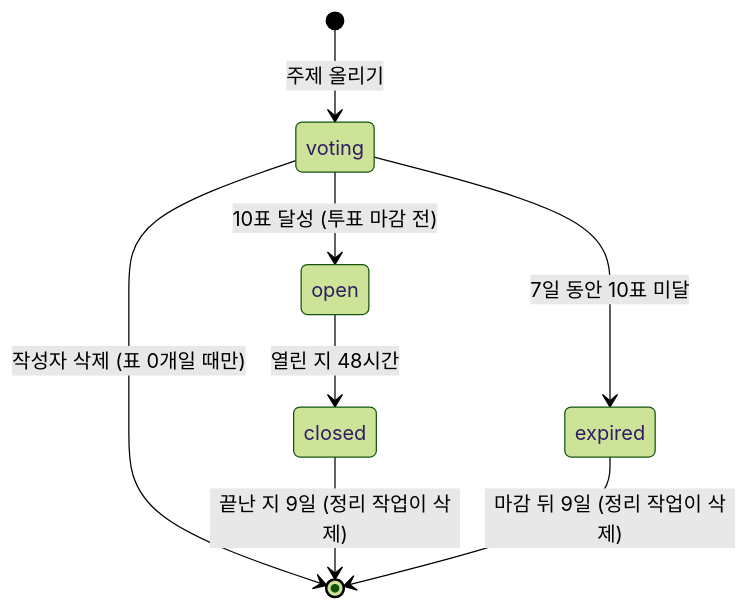
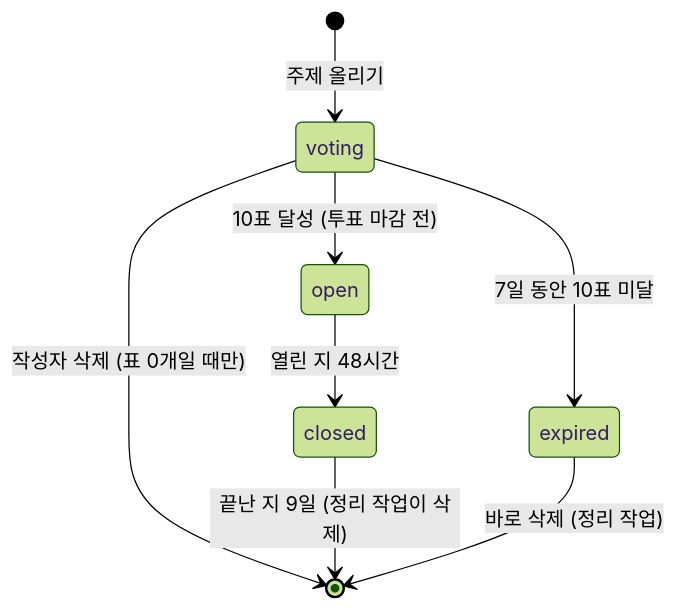
Before and after one commit to Por0ri/me-and-nu: the second of 2 diagrams in docs/DEBATE_BACKEND_DESIGN_2026-11-19.md, drawn with Mermaid (forest theme). The commit also changed other lines of this file and 17 other files, not shown here.

````diff
--- a/docs/DEBATE_BACKEND_DESIGN_2026-11-19.md
+++ b/docs/DEBATE_BACKEND_DESIGN_2026-11-19.md
@@ -145,10 +145,10 @@
 ```mermaid
 stateDiagram-v2
     [*] --> voting: 주제 올리기
     voting --> open: 10표 달성 (투표 마감 전)
     voting --> expired: 7일 동안 10표 미달
     voting --> [*]: 작성자 삭제 (표 0개일 때만)
     open --> closed: 열린 지 48시간
     closed --> [*]: 끝난 지 9일 (정리 작업이 삭제)
-    expired --> [*]: 마감 뒤 9일 (정리 작업이 삭제)
+    expired --> [*]: 바로 삭제 (정리 작업)
 ```
````
